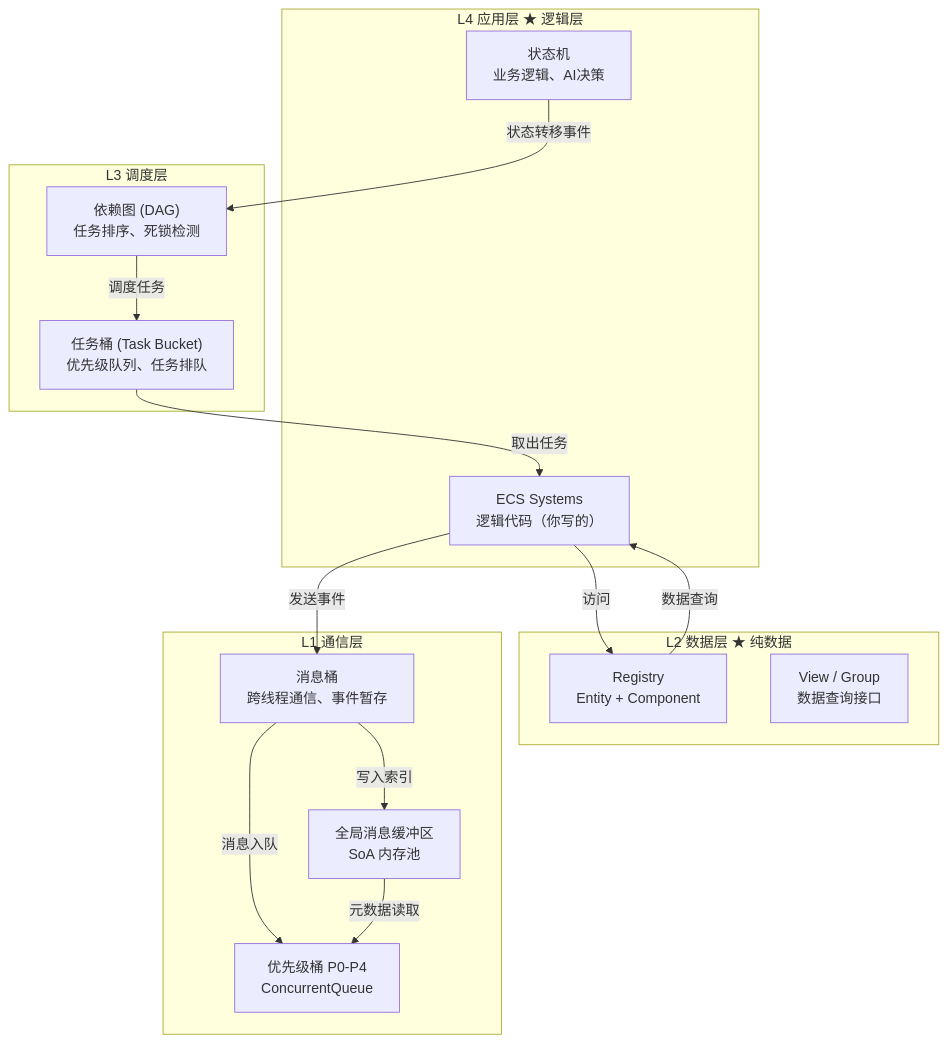
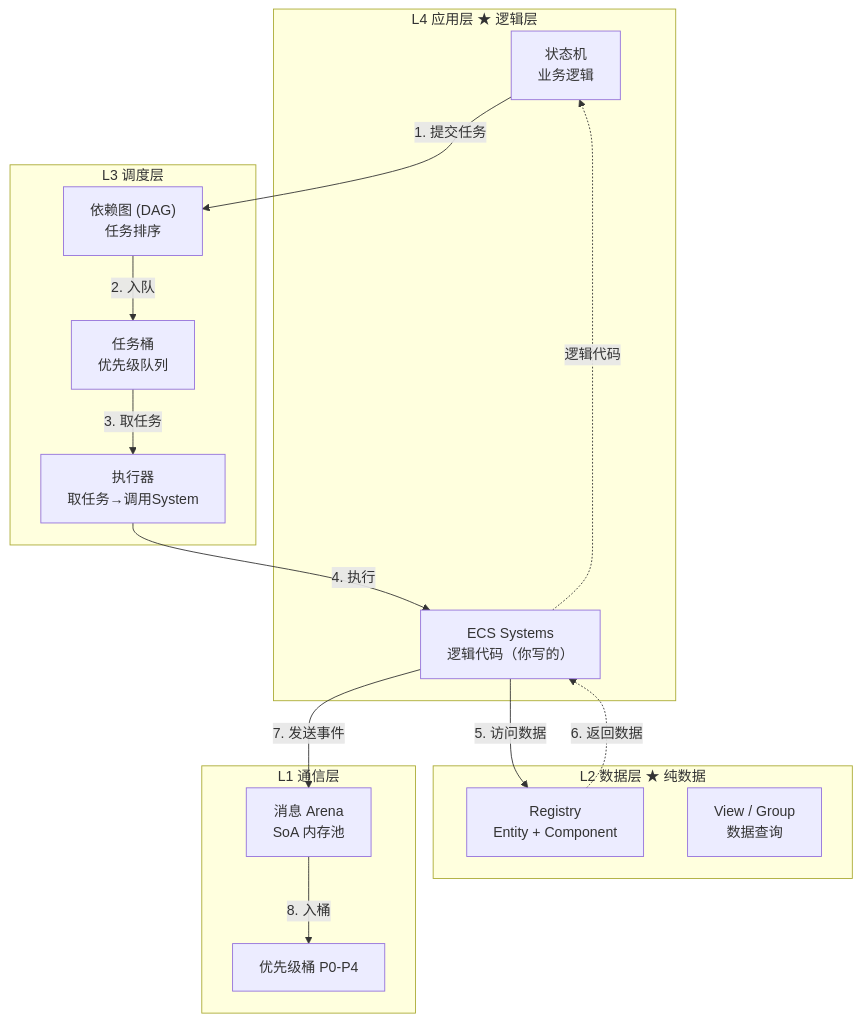
Before and after one commit to Gunxzq/blog: the first of 3 diagrams in src/posts/DX12Engine/EventSystem/EventSystem.md, drawn with Mermaid. The commit also changed other lines of this file, not shown here.

Commit message:
职责清晰，消除歧义

````diff
--- a/src/posts/DX12Engine/EventSystem/EventSystem.md
+++ b/src/posts/DX12Engine/EventSystem/EventSystem.md
@@ -27,33 +27,33 @@
 ```mermaid
 graph TB
     subgraph L4["L4 应用层 ★ 逻辑层"]
-        SM["状态机<br/>业务逻辑、AI决策"]
-        SYSTEMS["ECS Systems<br/>逻辑代码（你写的）"]
+        SM["状态机<br/>业务逻辑"]
+        SYS["ECS Systems<br/>逻辑代码（你写的）"]
     end
 
     subgraph L3["L3 调度层"]
-        DAG["依赖图 (DAG)<br/>任务排序、死锁检测"]
-        TASK_QUEUE["任务桶 (Task Bucket)<br/>优先级队列、任务排队"]
+        DAG["依赖图 (DAG)<br/>任务排序"]
+        BUCKET["任务桶<br/>优先级队列"]
+        EXEC["执行器<br/>取任务→调用System"]
     end
 
     subgraph L2["L2 数据层 ★ 纯数据"]
-        ECS["Registry<br/>Entity + Component"]
-        VIEWS["View / Group<br/>数据查询接口"]
+        REG["Registry<br/>Entity + Component"]
+        VIEW["View / Group<br/>数据查询"]
     end
 
     subgraph L1["L1 通信层"]
-        MB["消息桶<br/>跨线程通信、事件暂存"]
-        ARENA["全局消息缓冲区<br/>SoA 内存池"]
-        BUCKETS["优先级桶 P0-P4<br/>ConcurrentQueue"]
+        ARENA["消息 Arena<br/>SoA 内存池"]
+        BUCKETS["优先级桶 P0-P4"]
     end
 
-    SM -->|"状态转移事件"| DAG
-    SYSTEMS -->|"访问"| ECS
-    ECS -->|"数据查询"| SYSTEMS
-    DAG -->|"调度任务"| TASK_QUEUE
-    TASK_QUEUE -->|"取出任务"| SYSTEMS
-    SYSTEMS -->|"发送事件"| MB
-    MB -->|"消息入队"| BUCKETS
-    MB -->|"写入索引"| ARENA
-    ARENA -->|"元数据读取"| BUCKETS
+    SM -->|"1. 提交任务"| DAG
+    DAG -->|"2. 入队"| BUCKET
+    SYS -.->|"逻辑代码"| SM
+    BUCKET -->|"3. 取任务"| EXEC
+    EXEC -->|"4. 执行"| SYS
+    SYS -->|"5. 访问数据"| REG
+    REG -.->|"6. 返回数据"| SYS
+    SYS -->|"7. 发送事件"| ARENA
+    ARENA -->|"8. 入桶"| BUCKETS
 ```
````
